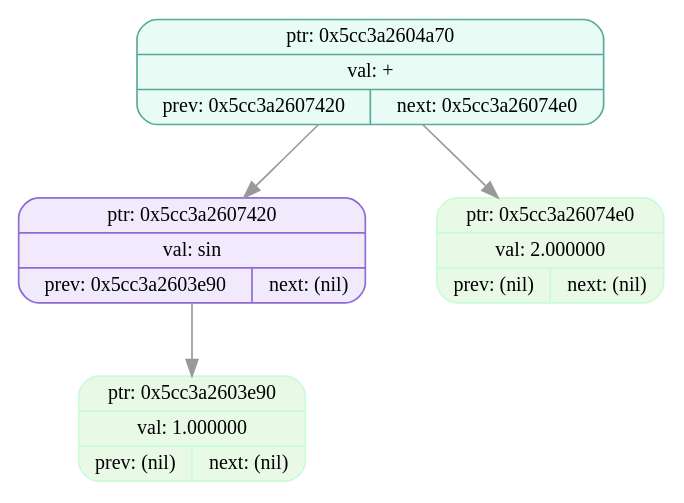
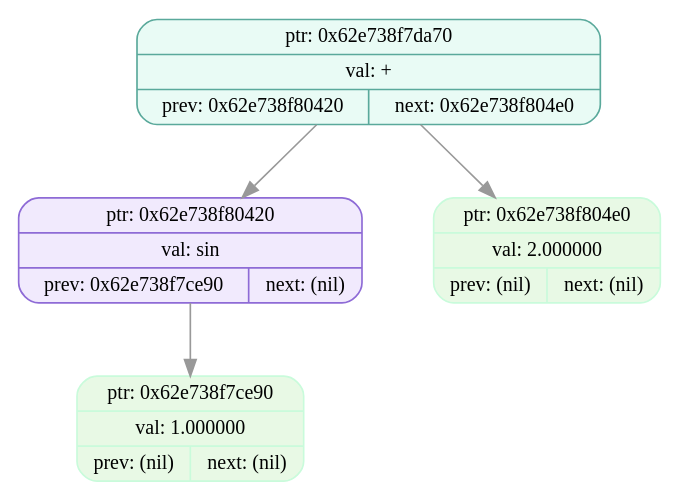
One commit to EvilTomato9890/Difference changed the diagram in dumps/tree_dump_007.dot. Above: the diagram before and after it, drawn with Graphviz. The commit also changed 37 other files, not shown here.

```diff
--- a/dumps/tree_dump_007.dot
+++ b/dumps/tree_dump_007.dot
@@ -1,11 +1,11 @@
 digraph T{
   node [fontname="Fira Mono",shape=record,style="filled,rounded",fontsize=12];
   graph [splines=true, nodesep=0.6, ranksep=0.6];
-  node_0x5cc3a2604a70[shape=record,label="{ {ptr: 0x5cc3a2604a70} | {val: +} | { prev: 0x5cc3a2607420 | next: 0x5cc3a26074e0 } }",color="#5aa99b",fillcolor="#e9fbf5"];
-  node_0x5cc3a2607420[shape=record,label="{ {ptr: 0x5cc3a2607420} | {val: sin} | { prev: 0x5cc3a2603e90 | next: (nil) } }",color="#8e6bd6",fillcolor="#f1eafd"];
-  node_0x5cc3a2603e90[shape=record,label="{ {ptr: 0x5cc3a2603e90} | {val: 1.000000} | { prev: (nil) | next: (nil) } }",color="#c9fbdbff",fillcolor="#e8f9e5ff"];
-  node_0x5cc3a26074e0[shape=record,label="{ {ptr: 0x5cc3a26074e0} | {val: 2.000000} | { prev: (nil) | next: (nil) } }",color="#c9fbdbff",fillcolor="#e8f9e5ff"];
-  node_0x5cc3a2604a70 -> node_0x5cc3a2607420 [color="#999999"];
-  node_0x5cc3a2604a70 -> node_0x5cc3a26074e0 [color="#999999"];
-  node_0x5cc3a2607420 -> node_0x5cc3a2603e90 [color="#999999"];
+  node_0x62e738f7da70[shape=record,label="{ {ptr: 0x62e738f7da70} | {val: +} | { prev: 0x62e738f80420 | next: 0x62e738f804e0 } }",color="#5aa99b",fillcolor="#e9fbf5"];
+  node_0x62e738f80420[shape=record,label="{ {ptr: 0x62e738f80420} | {val: sin} | { prev: 0x62e738f7ce90 | next: (nil) } }",color="#8e6bd6",fillcolor="#f1eafd"];
+  node_0x62e738f7ce90[shape=record,label="{ {ptr: 0x62e738f7ce90} | {val: 1.000000} | { prev: (nil) | next: (nil) } }",color="#c9fbdbff",fillcolor="#e8f9e5ff"];
+  node_0x62e738f804e0[shape=record,label="{ {ptr: 0x62e738f804e0} | {val: 2.000000} | { prev: (nil) | next: (nil) } }",color="#c9fbdbff",fillcolor="#e8f9e5ff"];
+  node_0x62e738f7da70 -> node_0x62e738f80420 [color="#999999"];
+  node_0x62e738f7da70 -> node_0x62e738f804e0 [color="#999999"];
+  node_0x62e738f80420 -> node_0x62e738f7ce90 [color="#999999"];
 }
```
